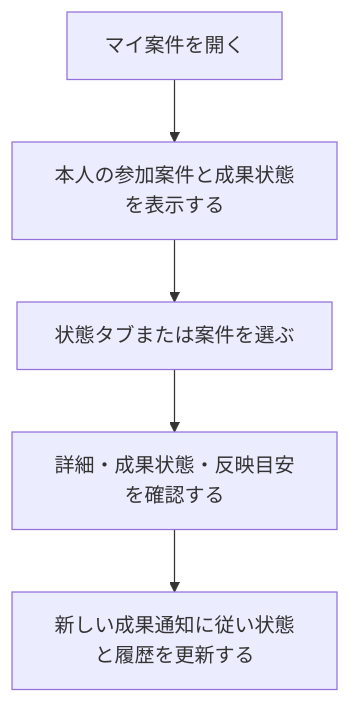
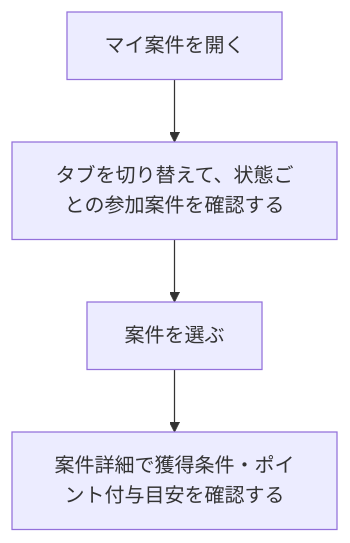
Before and after one commit to Min-Thu-Khant/pochipo-mock-en: the diagram in docs/prd/features/F05-my-offers.md, drawn with Mermaid. The commit also changed other lines of this file, not shown here.

````diff
--- a/docs/prd/features/F05-my-offers.md
+++ b/docs/prd/features/F05-my-offers.md
@@ -56,12 +55,10 @@
 ```mermaid
 flowchart TD
   A0["マイ案件を開く"]
-  A1["本人の参加案件と成果状態を表示する"]
-  A2["状態タブまたは案件を選ぶ"]
-  A3["詳細・成果状態・反映目安を確認する"]
-  A4["新しい成果通知に従い状態と履歴を更新する"]
+  A1["タブを切り替えて、状態ごとの参加案件を確認する"]
+  A2["案件を選ぶ"]
+  A3["案件詳細で獲得条件・ポイント付与目安を確認する"]
   A0 --> A1
   A1 --> A2
   A2 --> A3
-  A3 --> A4
 ```
````
